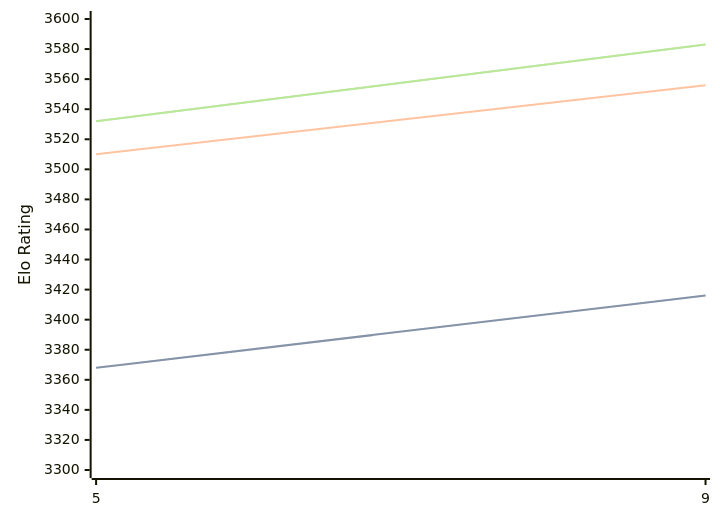
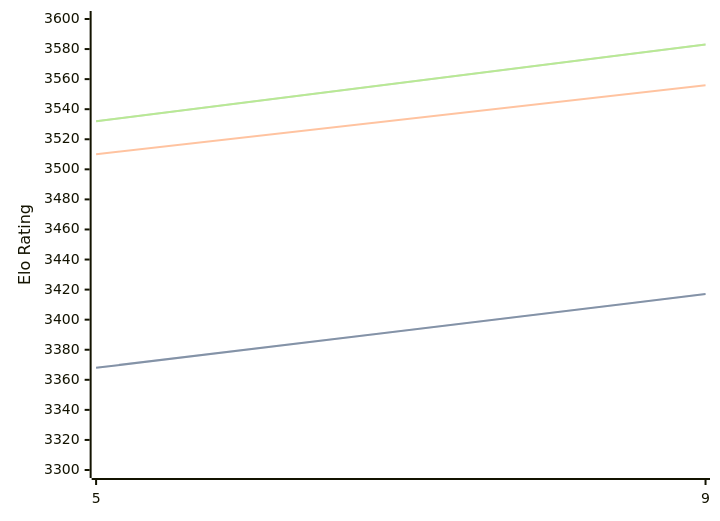
Before and after one commit to computer-chess-index/cci: the diagram in engines/Crystal.md, drawn with Mermaid. The commit also changed other lines of this file, not shown here.

````diff
--- a/engines/Crystal.md
+++ b/engines/Crystal.md
@@ -32,11 +32,11 @@
 ```mermaid
 %%{init: {"theme":"base","themeVariables":{"seriesColors:['#a3a3a3','#222221','#faa371']}}}%%
 xychart-beta
   x-axis ["5", "9"]
   y-axis "Elo Rating" 3300 --> 3600
-  line "STC (8.0+0.08s)" [3368, 3416]
-  line "STC (8.0+0.08s)" [3368, 3416]
+  line "STC (8.0+0.08s)" [3368, 3417]
+  line "STC (8.0+0.08s)" [3368, 3417]
   line "LTC (60.0+0.60s)" [3510, 3556]
   line "VLTC (2m24s+1.12s)" [3532, 3583]
   line "VLTC (2m24s+1.12s)" [3532, 3583]
 ```
````
